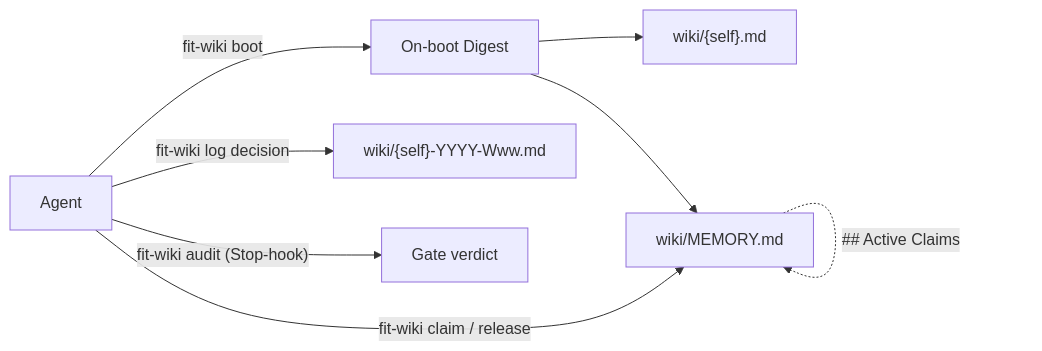
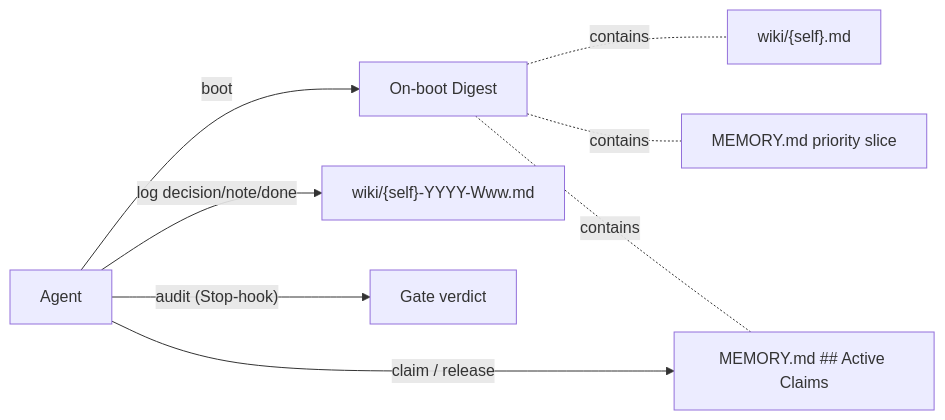
The first of 3 diagrams in specs/1060-memory-protocol-redesign/design-a.md (forwardimpact/pathway), drawn with Mermaid before and after one commit. The commit also changed other lines of this file, not shown here.

````diff
--- a/specs/1060-memory-protocol-redesign/design-a.md
+++ b/specs/1060-memory-protocol-redesign/design-a.md
@@ -19,10 +19,10 @@
 ```mermaid
 graph LR
-  A[Agent] -- "fit-wiki boot" --> D[On-boot Digest]
-  D --> S["wiki/{self}.md"]
-  D --> M["wiki/MEMORY.md"]
-  M -. "## Active Claims" .-> M
-  A -- "fit-wiki log decision" --> W["wiki/{self}-YYYY-Www.md"]
-  A -- "fit-wiki claim / release" --> M
-  A -- "fit-wiki audit (Stop-hook)" --> G[Gate verdict]
+  A[Agent] -- "boot" --> D[On-boot Digest]
+  D -.contains.- S["wiki/{self}.md"]
+  D -.contains.- P["MEMORY.md priority slice"]
+  D -.contains.- C["MEMORY.md ## Active Claims"]
+  A -- "log decision/note/done" --> W["wiki/{self}-YYYY-Www.md"]
+  A -- "claim / release" --> C
+  A -- "audit (Stop-hook)" --> G[Gate verdict]
 ```
````
